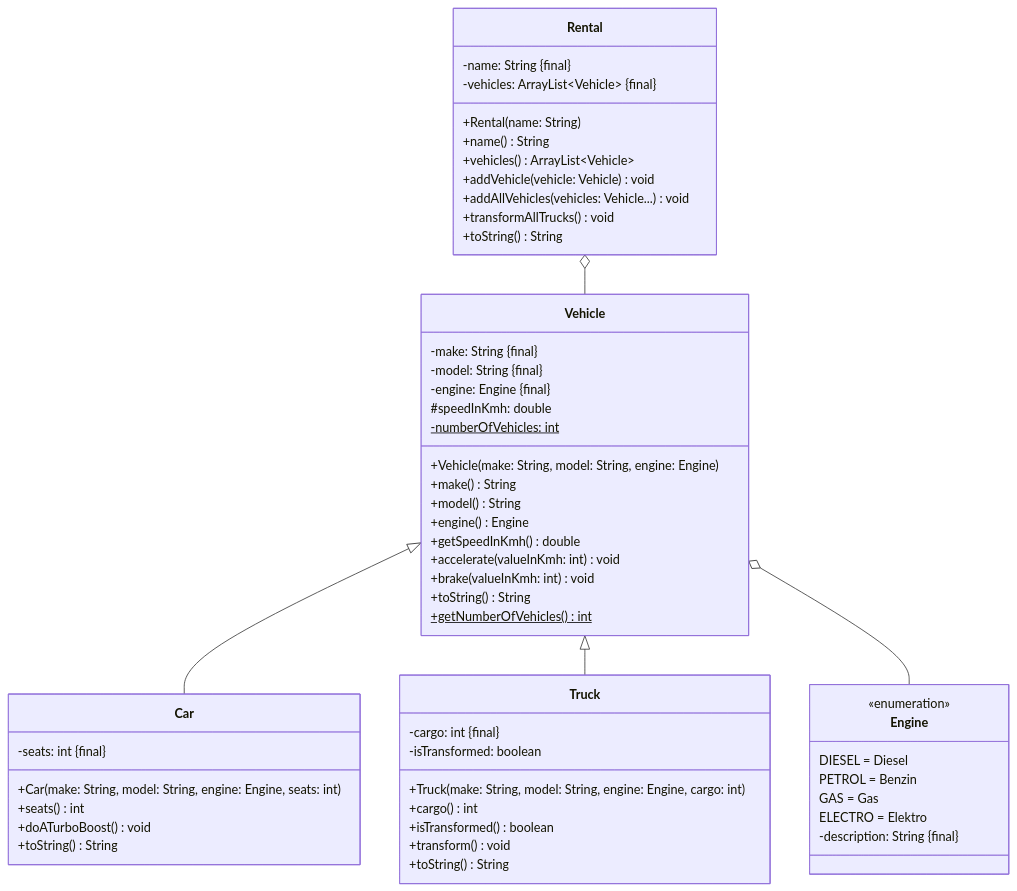
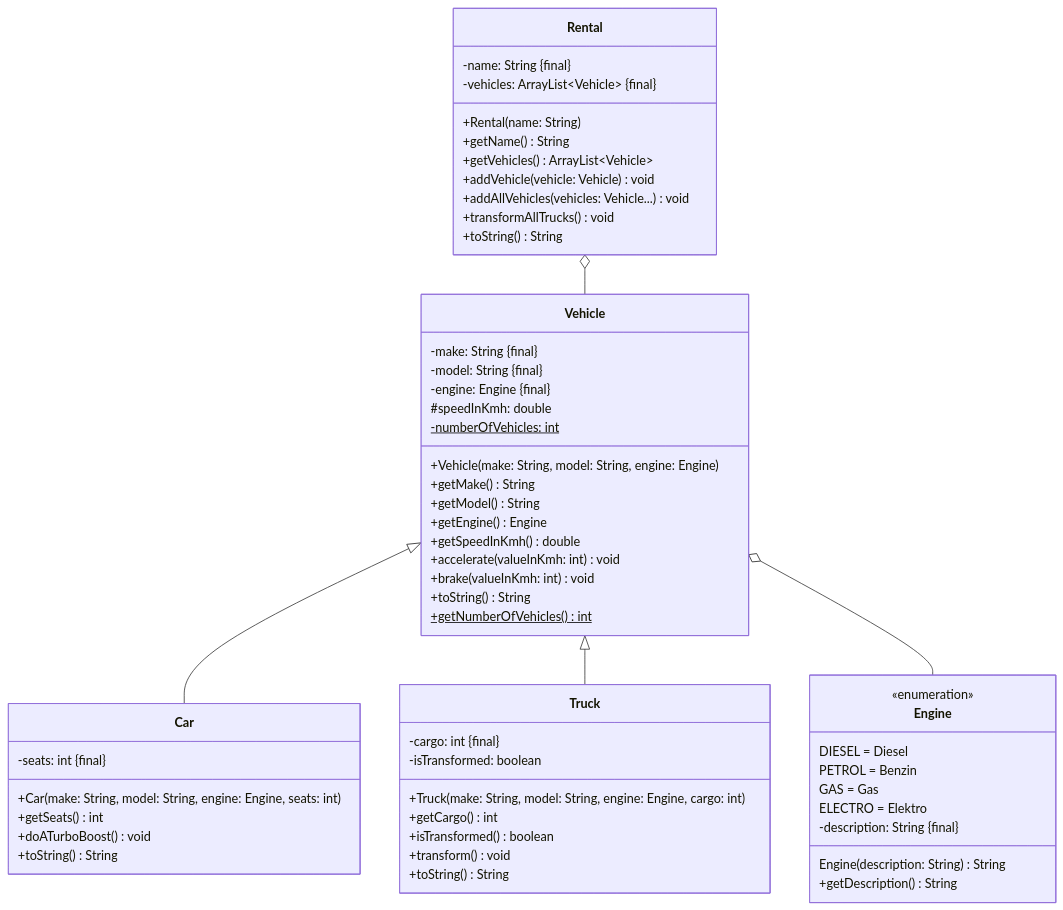
The diagram in docs/exercises/polymorphy/polymorphy03.mdx (jappuccini/java-docs), drawn with Mermaid before and after one commit. The commit also changed 1 other file, not shown here.

Commit message:
fix polymorphy excercises

````diff
--- a/docs/exercises/polymorphy/polymorphy03.mdx
+++ b/docs/exercises/polymorphy/polymorphy03.mdx
@@ -15,63 +15,65 @@
 ```mermaid
 classDiagram
     Vehicle <|-- Car
     Vehicle <|-- Truck
     Vehicle o-- Engine
     Rental o-- Vehicle
 
     class Vehicle {
         -make: String &#123final&#125
         -model: String &#123final&#125
         -engine: Engine &#123final&#125
         #speedInKmh: double
         -numberOfVehicles: int$
         +Vehicle(make: String, model: String, engine: Engine)
-        +make() String
-        +model() String
-        +engine() Engine
+        +getMake() String
+        +getModel() String
+        +getEngine() Engine
         +getSpeedInKmh() double
         +accelerate(valueInKmh: int) void
         +brake(valueInKmh: int) void
         +toString() String
         +getNumberOfVehicles()$ int
     }
 
     class Engine {
         <<enumeration>>
         DIESEL = Diesel
         PETROL = Benzin
         GAS = Gas
         ELECTRO = Elektro
         -description: String &#123final&#125
+        Engine(description: String) String
+        +getDescription() String
     }
 
     class Car {
         -seats: int &#123final&#125
         +Car(make: String, model: String, engine: Engine, seats: int)
-        +seats() int
+        +getSeats() int
         +doATurboBoost() void
         +toString() String
     }
 
     class Truck {
         -cargo: int &#123final&#125
         -isTransformed: boolean
         +Truck(make: String, model: String, engine: Engine, cargo: int)
-        +cargo() int
+        +getCargo() int
         +isTransformed() boolean
         +transform() void
         +toString() String
     }
 
     class Rental {
         -name: String &#123final&#125
         -vehicles: ArrayList~Vehicle~ &#123final&#125
         +Rental(name: String)
-        +name() String
-        +vehicles() ArrayList~Vehicle~
+        +getName() String
+        +getVehicles() ArrayList~Vehicle~
         +addVehicle(vehicle: Vehicle) void
         +addAllVehicles(vehicles: Vehicle...) void
         +transformAllTrucks() void
         +toString() String
     }
 ```
````
